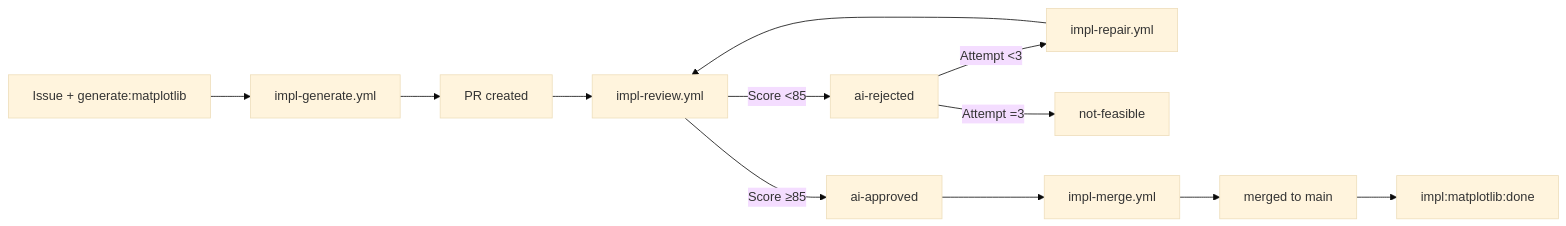
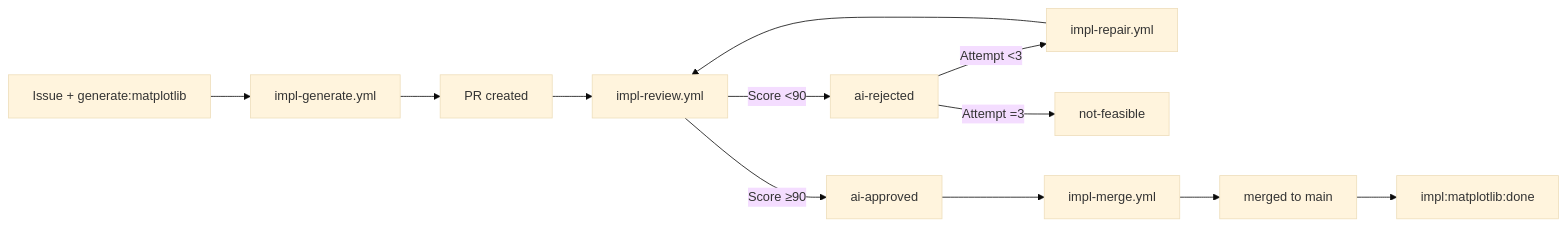
Before and after one commit to MarkusNeusinger/pyplots: the second of 3 diagrams in docs/workflow.md, drawn with Mermaid (base theme). The commit also changed other lines of this file and 10 other files, not shown here.

````diff
--- a/docs/workflow.md
+++ b/docs/workflow.md
@@ -213,14 +213,14 @@
 ```mermaid
 graph LR
     A[Issue + generate:matplotlib] --> B[impl-generate.yml]
     B --> C[PR created]
     C --> D[impl-review.yml]
-    D -->|Score ≥85| E[ai-approved]
-    D -->|Score <85| F[ai-rejected]
+    D -->|Score ≥90| E[ai-approved]
+    D -->|Score <90| F[ai-rejected]
     F -->|Attempt <3| G[impl-repair.yml]
     G --> D
     F -->|Attempt =3| H[not-feasible]
     E --> I[impl-merge.yml]
     I --> J[merged to main]
     J --> K[impl:matplotlib:done]
 ```
````
